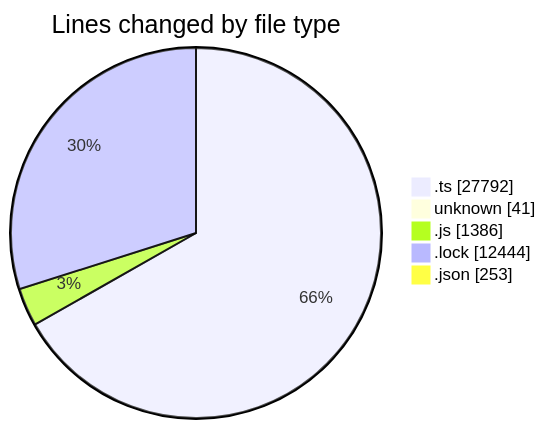
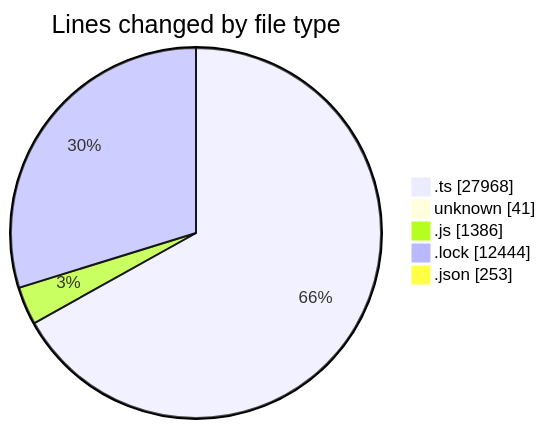
One commit to momahboobian/code-tracking changed the first of 2 diagrams in 2025-08-18/cda/README.md. Above: the diagram before and after it, drawn with Mermaid. The commit also changed other lines of this file and 1 other file, not shown here.

````diff
--- a/2025-08-18/cda/README.md
+++ b/2025-08-18/cda/README.md
@@ -39,9 +39,9 @@
 ```mermaid
 pie showData
 title Lines changed by file type
-".ts" : 27792
+".ts" : 27968
 "unknown" : 41
 ".js" : 1386
 ".lock" : 12444
 ".json" : 253
 ```
````
